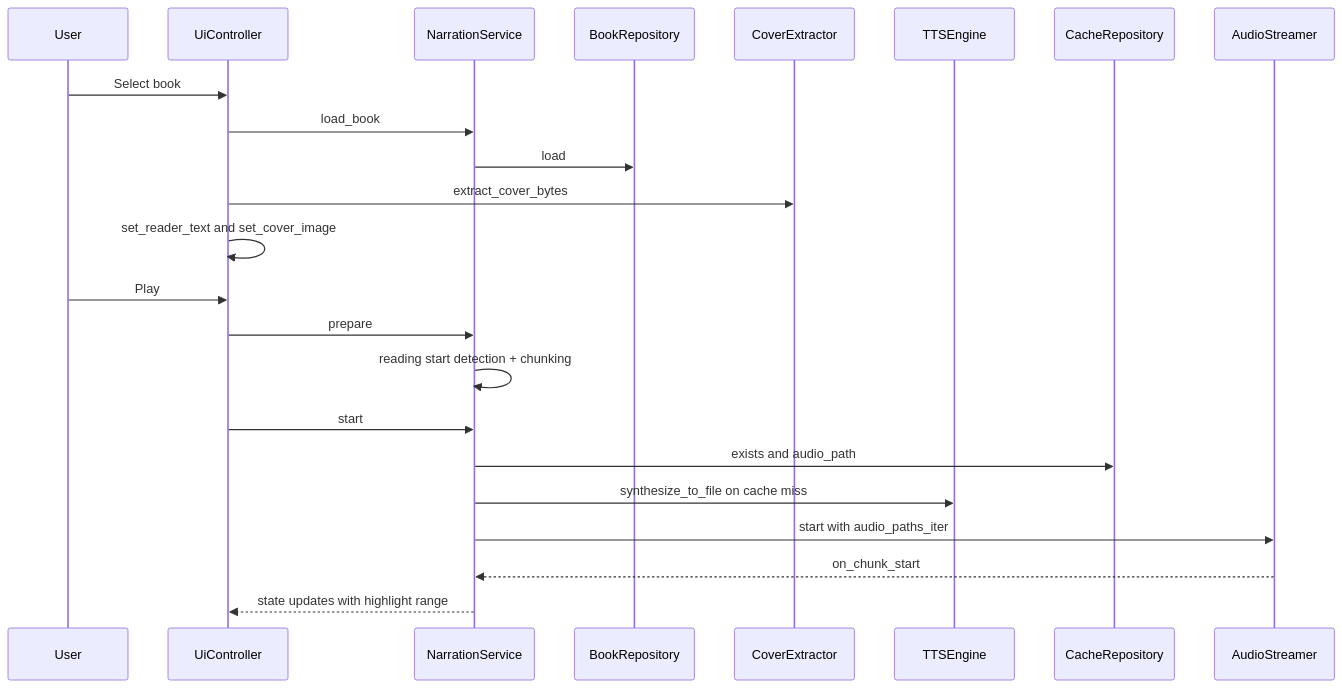
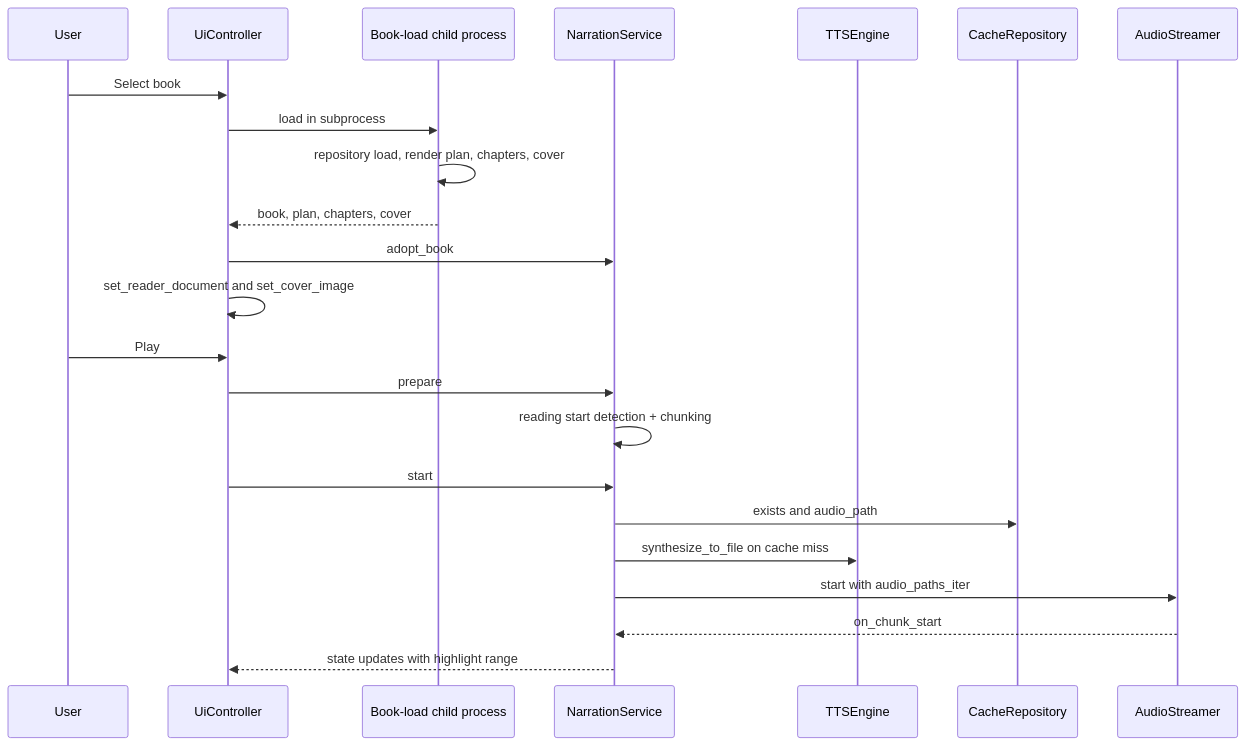
Before and after one commit to oernster/NarrateX: the second of 2 diagrams in ARCHITECTURE.md, drawn with Mermaid. The commit also changed other lines of this file and 8 other files, not shown here.

````diff
--- a/ARCHITECTURE.md
+++ b/ARCHITECTURE.md
@@ -507,27 +511,27 @@
 ```mermaid
 sequenceDiagram
   participant User
   participant UI as UiController
+  participant W as Book-load child process
   participant NS as NarrationService
-  participant BR as BookRepository
-  participant CE as CoverExtractor
   participant TTS as TTSEngine
   participant CR as CacheRepository
   participant AS as AudioStreamer
 
   User->>UI: Select book
-  UI->>NS: load_book
-  NS->>BR: load
-  UI->>CE: extract_cover_bytes
-  UI->>UI: set_reader_text and set_cover_image
+  UI->>W: load in subprocess
+  W->>W: repository load, render plan, chapters, cover
+  W-->>UI: book, plan, chapters, cover
+  UI->>NS: adopt_book
+  UI->>UI: set_reader_document and set_cover_image
 
   User->>UI: Play
   UI->>NS: prepare
   NS->>NS: reading start detection + chunking
   UI->>NS: start
   NS->>CR: exists and audio_path
   NS->>TTS: synthesize_to_file on cache miss
   NS->>AS: start with audio_paths_iter
   AS-->>NS: on_chunk_start
   NS-->>UI: state updates with highlight range
 ```
````
